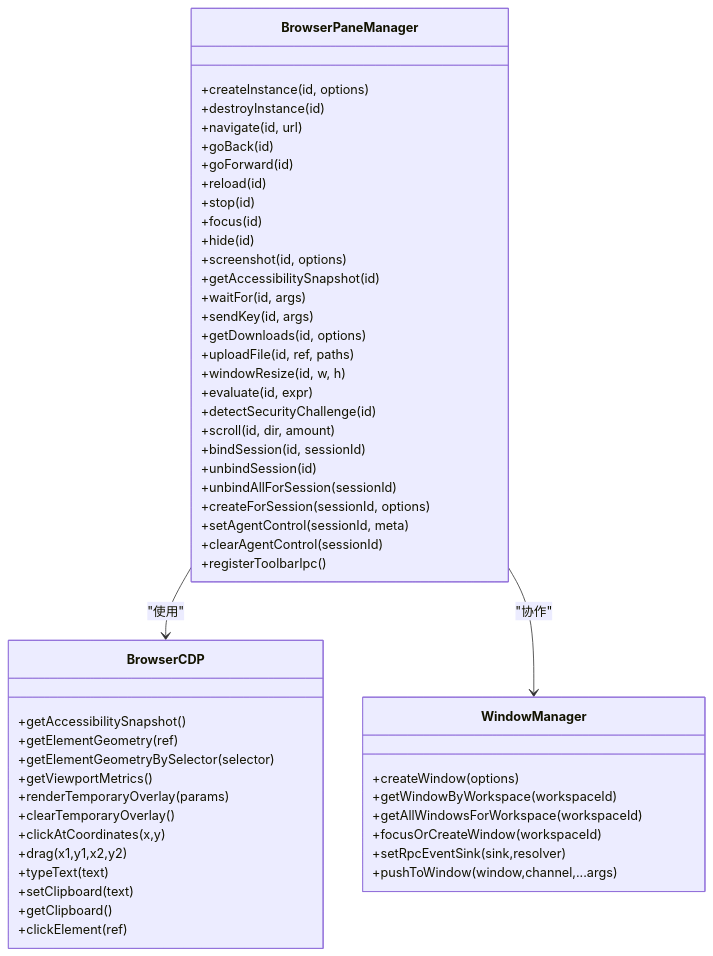
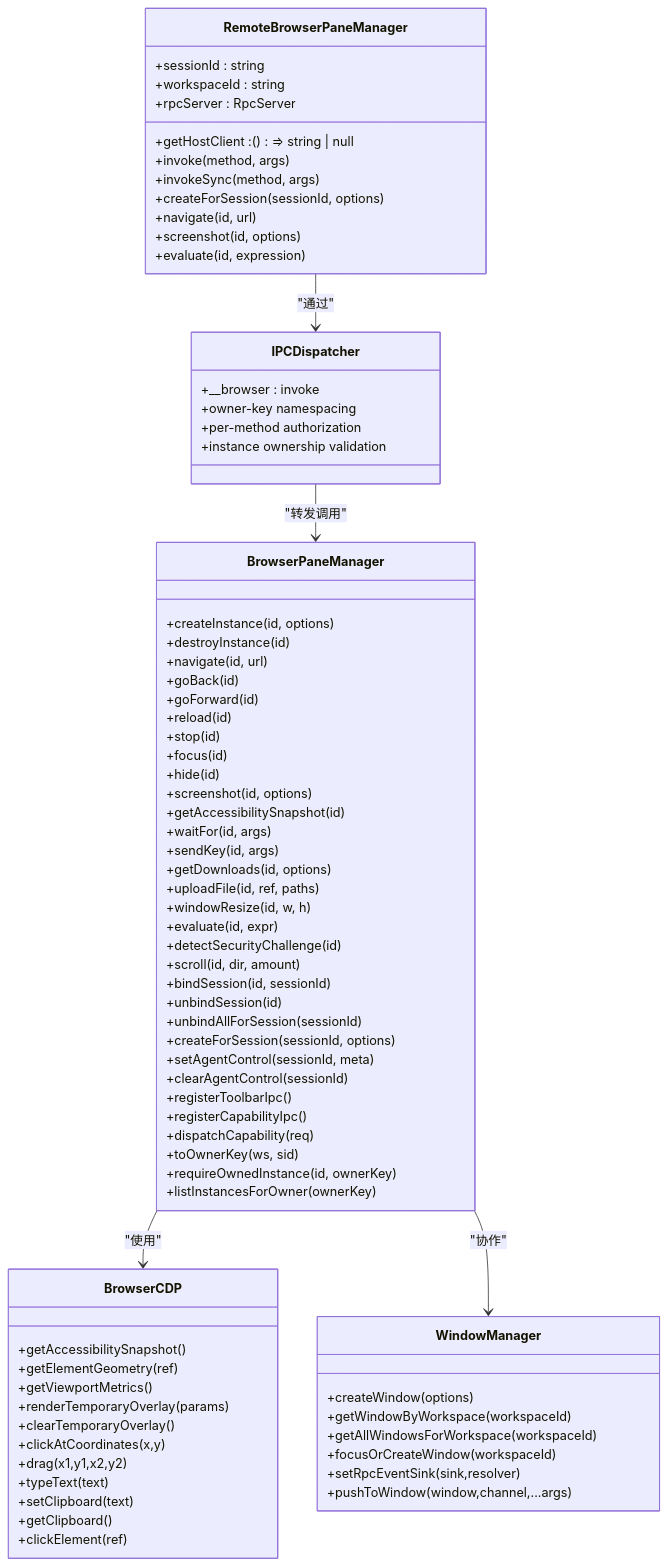
Before and after one commit to haolange/craft-agents-oss: the second of 7 diagrams in .qoder/repowiki/zh/content/桌面应用开发/Electron 主进程开发/窗口管理系统/浏览器窗格管理.md, drawn with Mermaid. The commit also changed other lines of this file and 5 other files, not shown here.

````diff
--- a/.qoder/repowiki/zh/content/桌面应用开发/Electron 主进程开发/窗口管理系统/浏览器窗格管理.md
+++ b/.qoder/repowiki/zh/content/桌面应用开发/Electron 主进程开发/窗口管理系统/浏览器窗格管理.md
@@ -88,55 +115,79 @@
 ```mermaid
 classDiagram
 class BrowserPaneManager {
 +createInstance(id, options)
 +destroyInstance(id)
 +navigate(id, url)
 +goBack(id)
 +goForward(id)
 +reload(id)
 +stop(id)
 +focus(id)
 +hide(id)
 +screenshot(id, options)
 +getAccessibilitySnapshot(id)
 +waitFor(id, args)
 +sendKey(id, args)
 +getDownloads(id, options)
 +uploadFile(id, ref, paths)
 +windowResize(id, w, h)
 +evaluate(id, expr)
 +detectSecurityChallenge(id)
 +scroll(id, dir, amount)
 +bindSession(id, sessionId)
 +unbindSession(id)
 +unbindAllForSession(sessionId)
 +createForSession(sessionId, options)
 +setAgentControl(sessionId, meta)
 +clearAgentControl(sessionId)
 +registerToolbarIpc()
++registerCapabilityIpc()
++dispatchCapability(req)
++toOwnerKey(ws, sid)
++requireOwnedInstance(id, ownerKey)
++listInstancesForOwner(ownerKey)
+}
+class RemoteBrowserPaneManager {
++sessionId : string
++workspaceId : string
++rpcServer : RpcServer
++getHostClient : () => string | null
++invoke(method, args)
++invokeSync(method, args)
++createForSession(sessionId, options)
++navigate(id, url)
++screenshot(id, options)
++evaluate(id, expression)
 }
 class BrowserCDP {
 +getAccessibilitySnapshot()
 +getElementGeometry(ref)
-+getElementGeometryBySelector(selector)
 +getViewportMetrics()
 +renderTemporaryOverlay(params)
 +clearTemporaryOverlay()
 +clickAtCoordinates(x,y)
 +drag(x1,y1,x2,y2)
 +typeText(text)
 +setClipboard(text)
 +getClipboard()
 +clickElement(ref)
 }
 class WindowManager {
 +createWindow(options)
 +getWindowByWorkspace(workspaceId)
 +getAllWindowsForWorkspace(workspaceId)
 +focusOrCreateWindow(workspaceId)
 +setRpcEventSink(sink,resolver)
 +pushToWindow(window,channel,...args)
 }
+class IPCDispatcher {
++__browser : invoke
++owner-key namespacing
++per-method authorization
++instance ownership validation
+}
 BrowserPaneManager --> BrowserCDP : "使用"
 BrowserPaneManager --> WindowManager : "协作"
+RemoteBrowserPaneManager --> IPCDispatcher : "通过"
+IPCDispatcher --> BrowserPaneManager : "转发调用"
 ```
````
